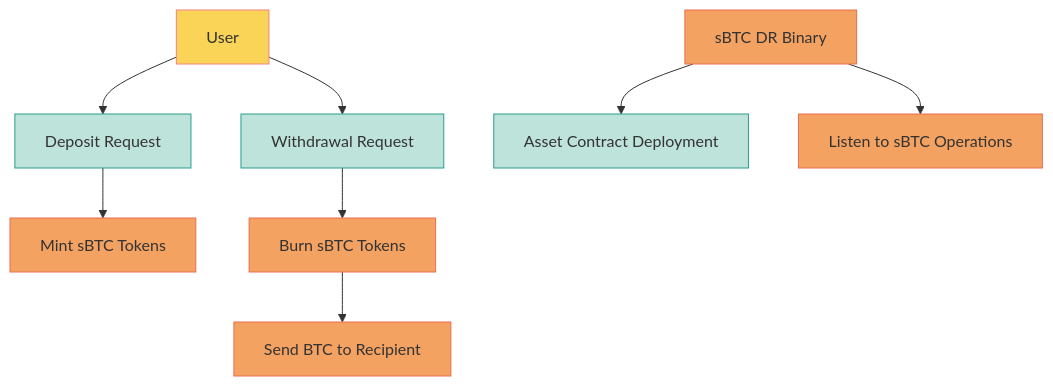
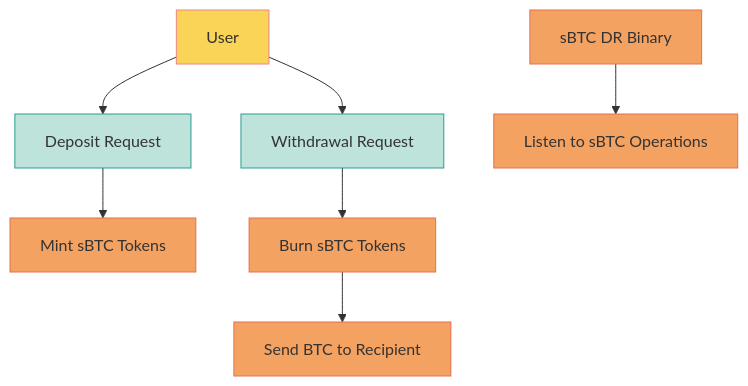
The diagram in src/sbtc-releases/sbtc-dev.md (stacks-network/sbtc-docs), drawn with Mermaid before and after one commit.

Commit message:
chore: Clarify tasks of Binary

````diff
--- a/src/sbtc-releases/sbtc-dev.md
+++ b/src/sbtc-releases/sbtc-dev.md
@@ -8,18 +8,17 @@
 ```mermaid
 graph TD;
   A[User] --> B[Deposit Request];
   A --> C[Withdrawal Request];
-  D[sBTC DR Binary] --> E[Asset Contract Deployment];
-  D --> F[Listen to sBTC Operations];
+  D[sBTC DR Binary] --> F[Listen to sBTC Operations];
   B --> G[Mint sBTC Tokens];
   C --> H[Burn sBTC Tokens];
   H --> J[Send BTC to Recipient];
 
   classDef userStyle fill:#f9d457,stroke:#f28482;
   classDef operationStyle fill:#bee3db,stroke:#2a9d8f;
   classDef processStyle fill:#f4a261,stroke:#e76f51;
   class A userStyle;
   class B,C operationStyle;
   class D,F,G,H,I,J processStyle;
   class E operationStyle;
 ```
````
